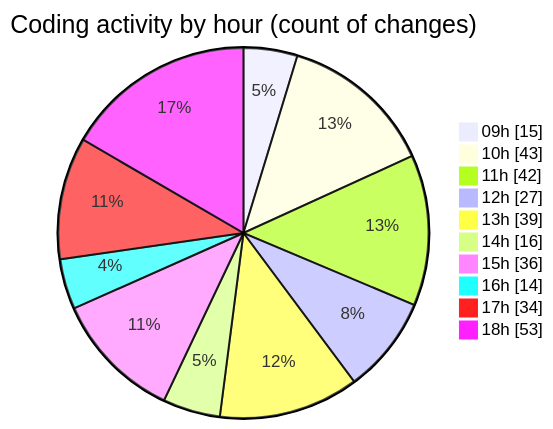
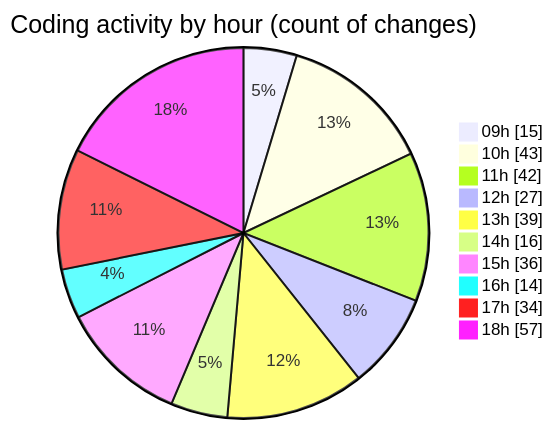
One commit to momahboobian/code-tracking changed the second of 2 diagrams in 2025-09-30/cda/README.md. Above: the diagram before and after it, drawn with Mermaid. The commit also changed other lines of this file and 1 other file, not shown here.

````diff
--- a/2025-09-30/cda/README.md
+++ b/2025-09-30/cda/README.md
@@ -34,14 +34,14 @@
 ```mermaid
 pie showData
 title Coding activity by hour (count of changes)
 "09h" : 15
 "10h" : 43
 "11h" : 42
 "12h" : 27
 "13h" : 39
 "14h" : 16
 "15h" : 36
 "16h" : 14
 "17h" : 34
-"18h" : 53
+"18h" : 57
 ```
````
